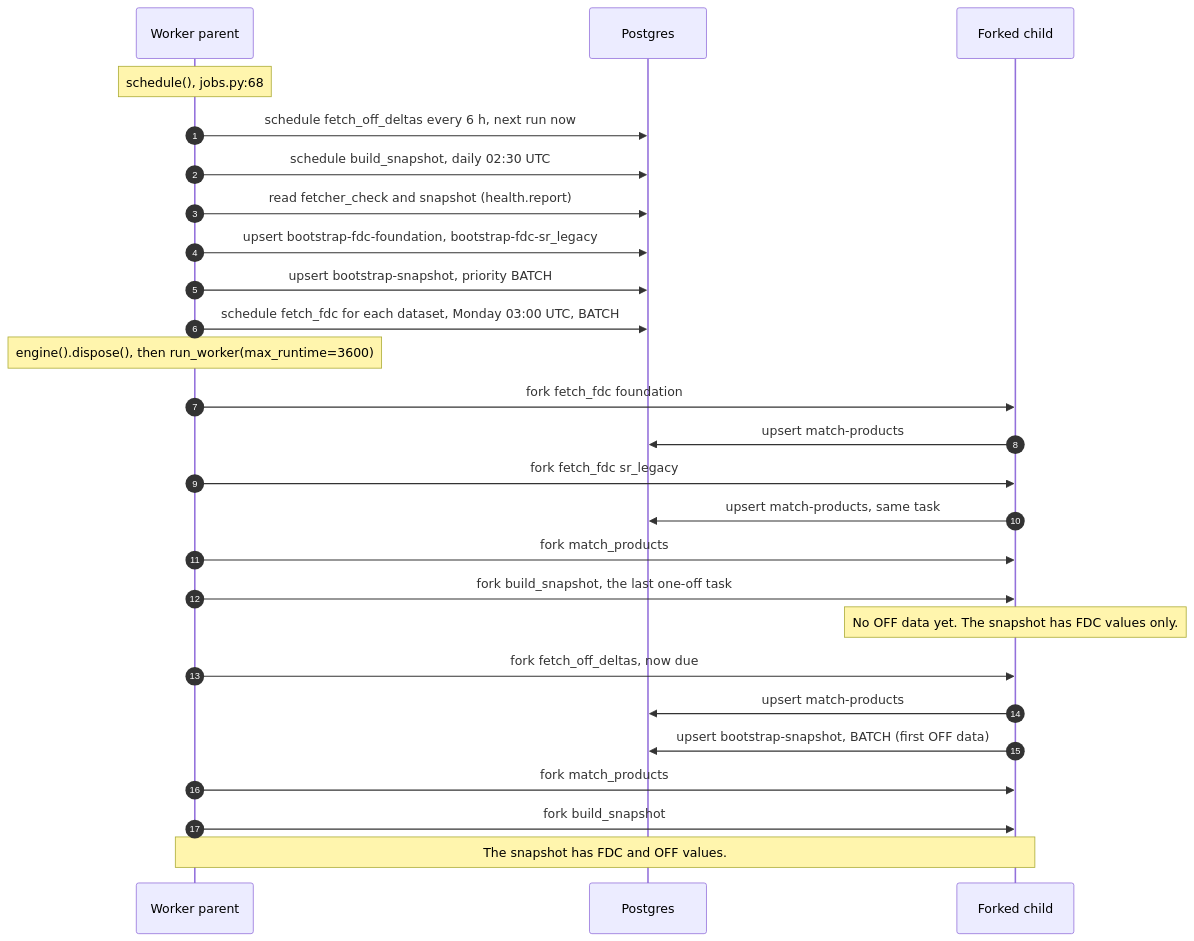
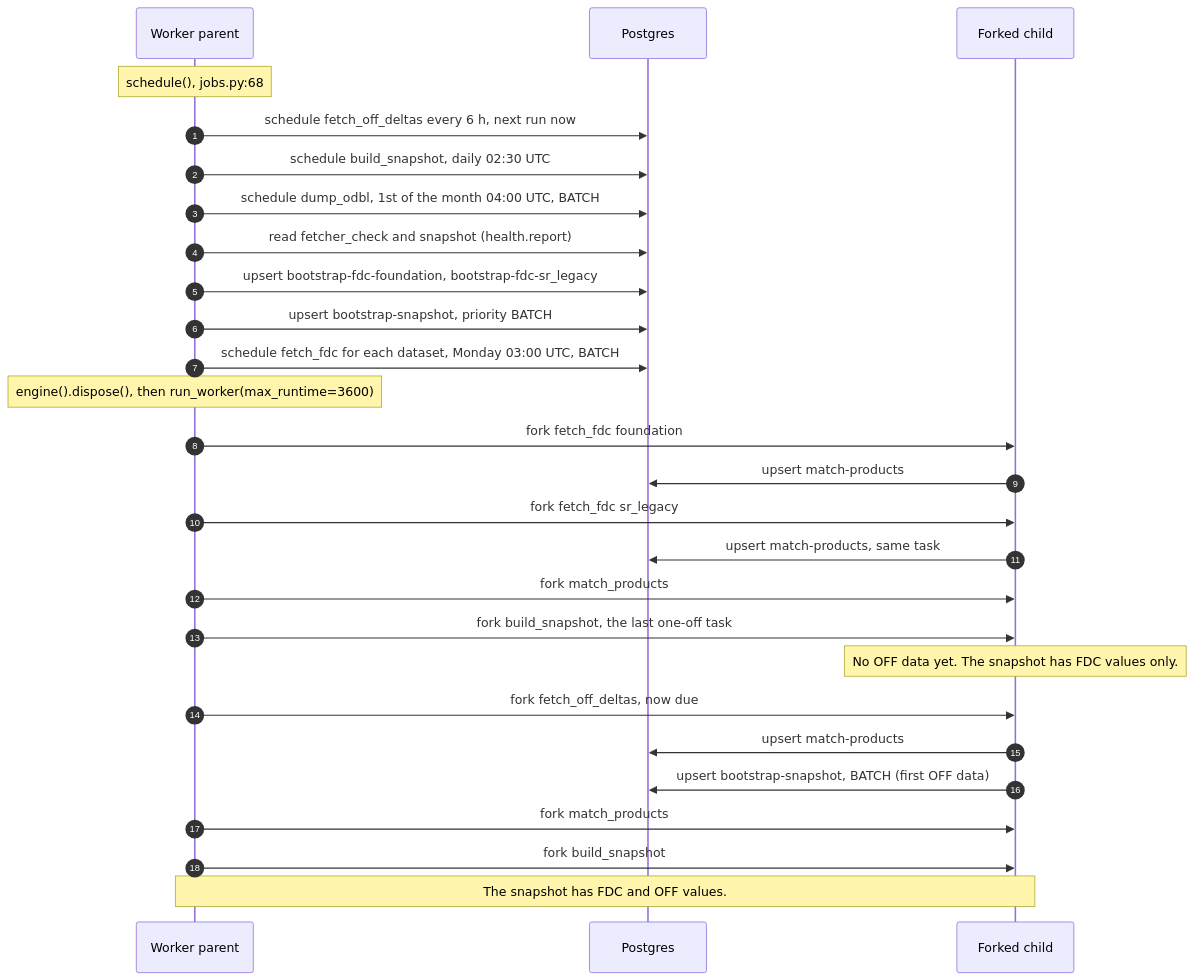
One commit to eait-fit/fooddb changed the sixth of 14 diagrams in docs/architecture.md. Above: the diagram before and after it, drawn with Mermaid. The commit also changed other lines of this file and 17 other files, not shown here.

````diff
--- a/docs/architecture.md
+++ b/docs/architecture.md
@@ -396,28 +409,29 @@
 ```mermaid
 sequenceDiagram
     autonumber
     participant W as Worker parent
     participant Q as Postgres
     participant C as Forked child
     Note over W: schedule(), jobs.py:68
     W->>Q: schedule fetch_off_deltas every 6 h, next run now
     W->>Q: schedule build_snapshot, daily 02:30 UTC
+    W->>Q: schedule dump_odbl, 1st of the month 04:00 UTC, BATCH
     W->>Q: read fetcher_check and snapshot (health.report)
     W->>Q: upsert bootstrap-fdc-foundation, bootstrap-fdc-sr_legacy
     W->>Q: upsert bootstrap-snapshot, priority BATCH
     W->>Q: schedule fetch_fdc for each dataset, Monday 03:00 UTC, BATCH
     Note over W: engine().dispose(), then run_worker(max_runtime=3600)
     W->>C: fork fetch_fdc foundation
     C->>Q: upsert match-products
     W->>C: fork fetch_fdc sr_legacy
     C->>Q: upsert match-products, same task
     W->>C: fork match_products
     W->>C: fork build_snapshot, the last one-off task
     Note over C: No OFF data yet. The snapshot has FDC values only.
     W->>C: fork fetch_off_deltas, now due
     C->>Q: upsert match-products
     C->>Q: upsert bootstrap-snapshot, BATCH (first OFF data)
     W->>C: fork match_products
     W->>C: fork build_snapshot
     Note over W,C: The snapshot has FDC and OFF values.
 ```
````
